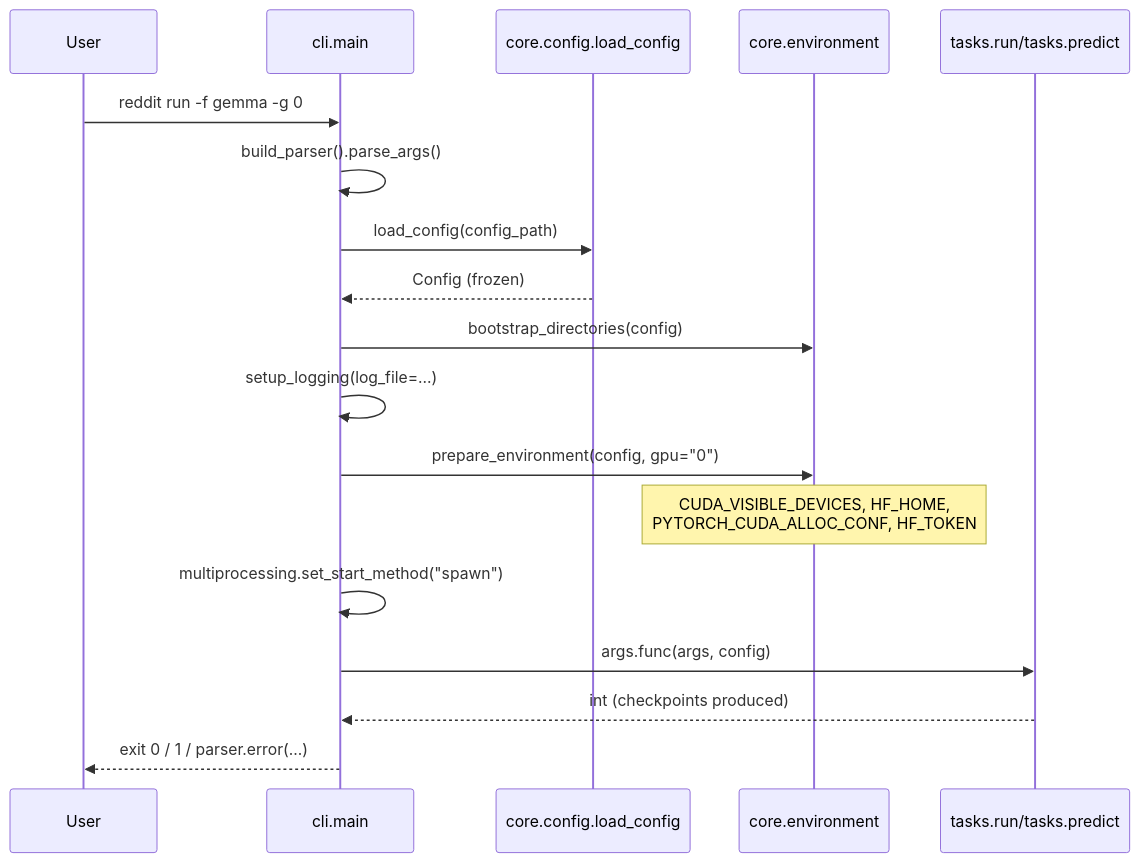
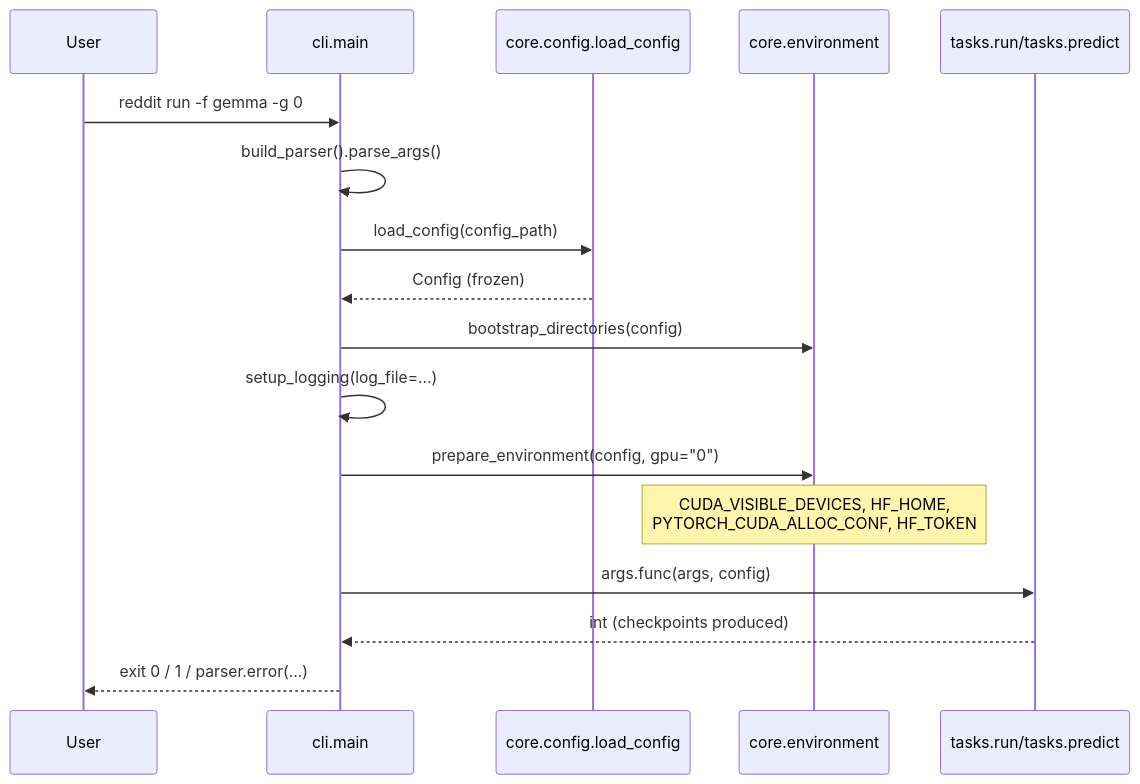
The first of 4 diagrams in docs/advanced/operations/workflows.md (andrea-dm/reddit-pulse), drawn with Mermaid before and after one commit. The commit also changed 26 other files, not shown here.

````diff
--- a/docs/advanced/operations/workflows.md
+++ b/docs/advanced/operations/workflows.md
@@ -12,21 +12,20 @@
 ```mermaid
 sequenceDiagram
     participant User
     participant Main as cli.main
     participant Cfg as core.config.load_config
     participant Env as core.environment
     participant Task as tasks.run/tasks.predict
 
     User->>Main: reddit run -f gemma -g 0
     Main->>Main: build_parser().parse_args()
     Main->>Cfg: load_config(config_path)
     Cfg-->>Main: Config (frozen)
     Main->>Env: bootstrap_directories(config)
     Main->>Main: setup_logging(log_file=...)
     Main->>Env: prepare_environment(config, gpu="0")
     Note over Env: CUDA_VISIBLE_DEVICES, HF_HOME,<br/>PYTORCH_CUDA_ALLOC_CONF, HF_TOKEN
-    Main->>Main: multiprocessing.set_start_method("spawn")
     Main->>Task: args.func(args, config)
     Task-->>Main: int (checkpoints produced)
     Main-->>User: exit 0 / 1 / parser.error(...)
 ```
````
